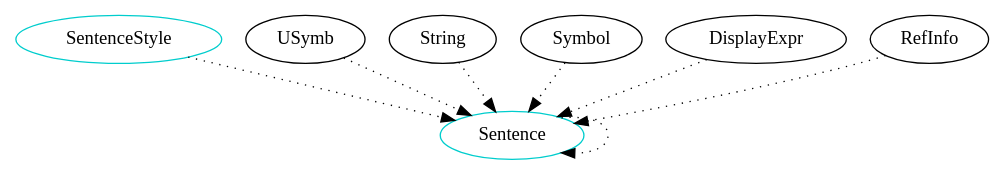
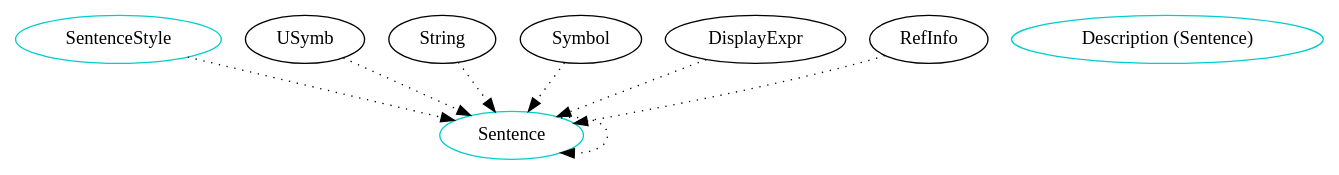
The diagram in People/Anthony/Type_Dependency_Graphs/JoinedTypes/June_18_2021/Sentence.dot (JacquesCarette/Drasil), drawn with Graphviz before and after one commit. The commit also changed 20 other files, not shown here.

```diff
--- a/People/Anthony/Type_Dependency_Graphs/JoinedTypes/June_18_2021/Sentence.dot
+++ b/People/Anthony/Type_Dependency_Graphs/JoinedTypes/June_18_2021/Sentence.dot
@@ -1,17 +1,18 @@
 digraph sentence {
 
     SentenceStyle -> Sentence [style="dotted"];
     USymb -> Sentence [style="dotted"];
     String -> Sentence [style="dotted"];
     Symbol -> Sentence [style="dotted"];
     DisplayExpr -> Sentence [style="dotted"];
     RefInfo -> Sentence [style="dotted"];
     Sentence -> Sentence [style="dotted"];
 
 
     /* definitions for each type component */
 	Sentence 	    [shape=oval, color=cyan3, label="Sentence"];
 	SentenceStyle	    [shape=oval, color=cyan3, label="SentenceStyle"];
+    Desc                [shape=oval, color=cyan3, label="Description (Sentence)"];
 }
 
 /* dot -Tpng sample.dot -o sample.png */
```
